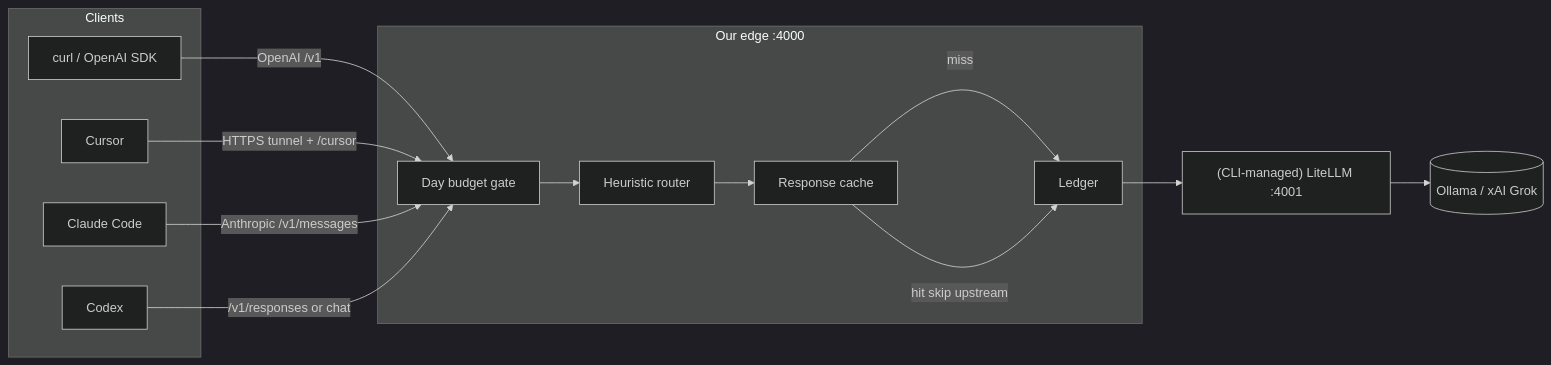
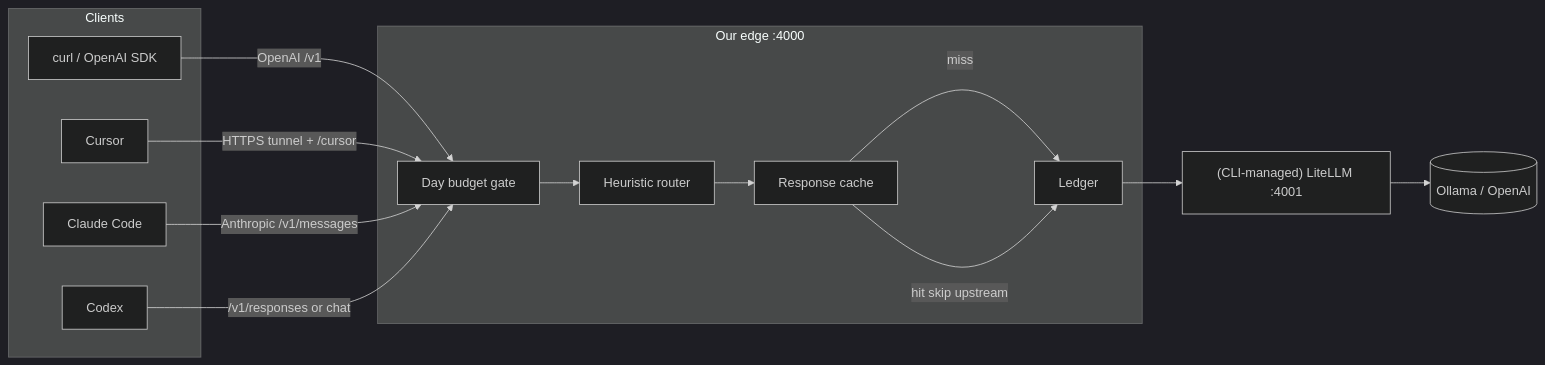
The diagram in docs/architecture.md (sarjeet2013/harbor-ai-gateway), drawn with Mermaid (dark theme) before and after one commit. The commit also changed other lines of this file and 10 other files, not shown here.

First line of the commit message:
feat: hybrid expensive pool uses OpenAI instead of Grok

````diff
--- a/docs/architecture.md
+++ b/docs/architecture.md
@@ -43,28 +43,28 @@
 ```mermaid
 flowchart LR
   subgraph clients [Clients]
     CURL[curl / OpenAI SDK]
     CURSOR[Cursor]
     CC[Claude Code]
     CODEX[Codex]
   end
 
   subgraph edge [Our edge :4000]
     BUDGET[Day budget gate]
     ROUTER[Heuristic router]
     CACHE[Response cache]
     LEDGER[Ledger]
   end
 
   LITELLM["(CLI-managed) LiteLLM :4001"]
-  UP[(Ollama / xAI Grok)]
+  UP[(Ollama / OpenAI)]
 
   CURL -->|OpenAI /v1| BUDGET
   CURSOR -->|HTTPS tunnel + /cursor| BUDGET
   CC -->|Anthropic /v1/messages| BUDGET
   CODEX -->|/v1/responses or chat| BUDGET
 
   BUDGET --> ROUTER --> CACHE
   CACHE -->|miss| LEDGER --> LITELLM --> UP
   CACHE -->|hit skip upstream| LEDGER
 ```
````
